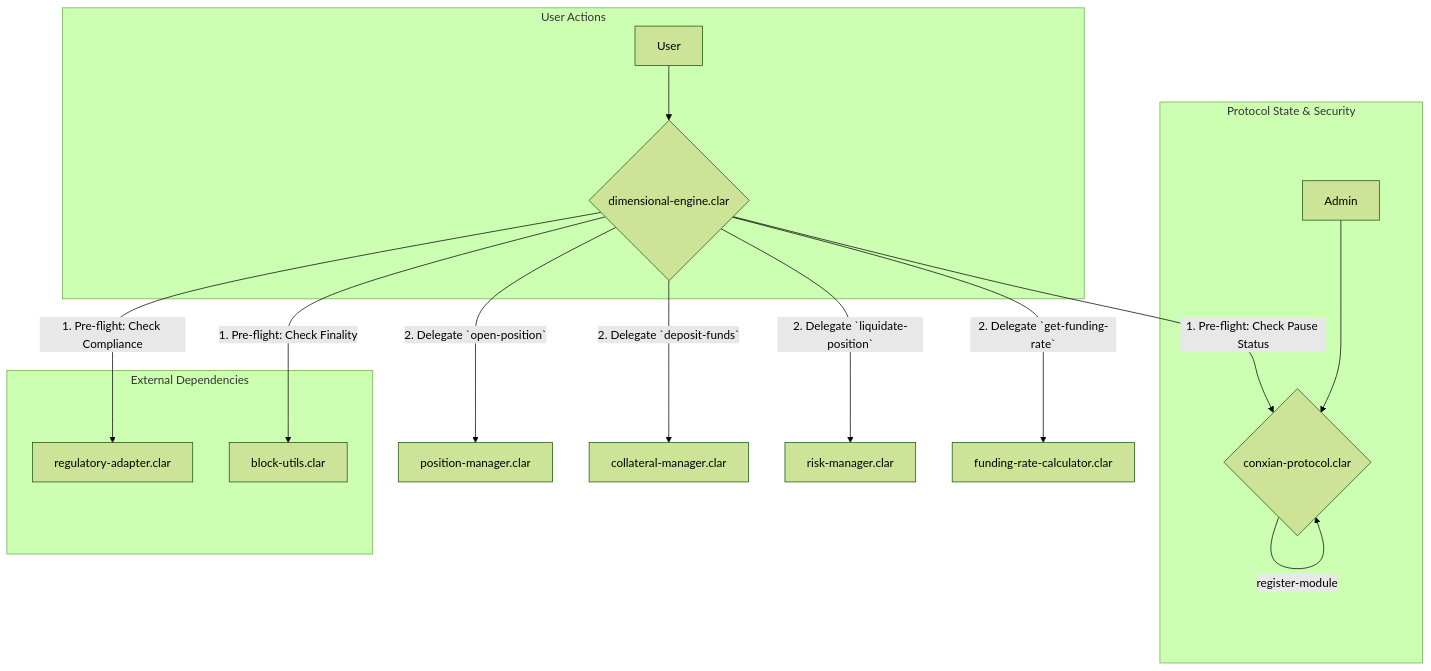
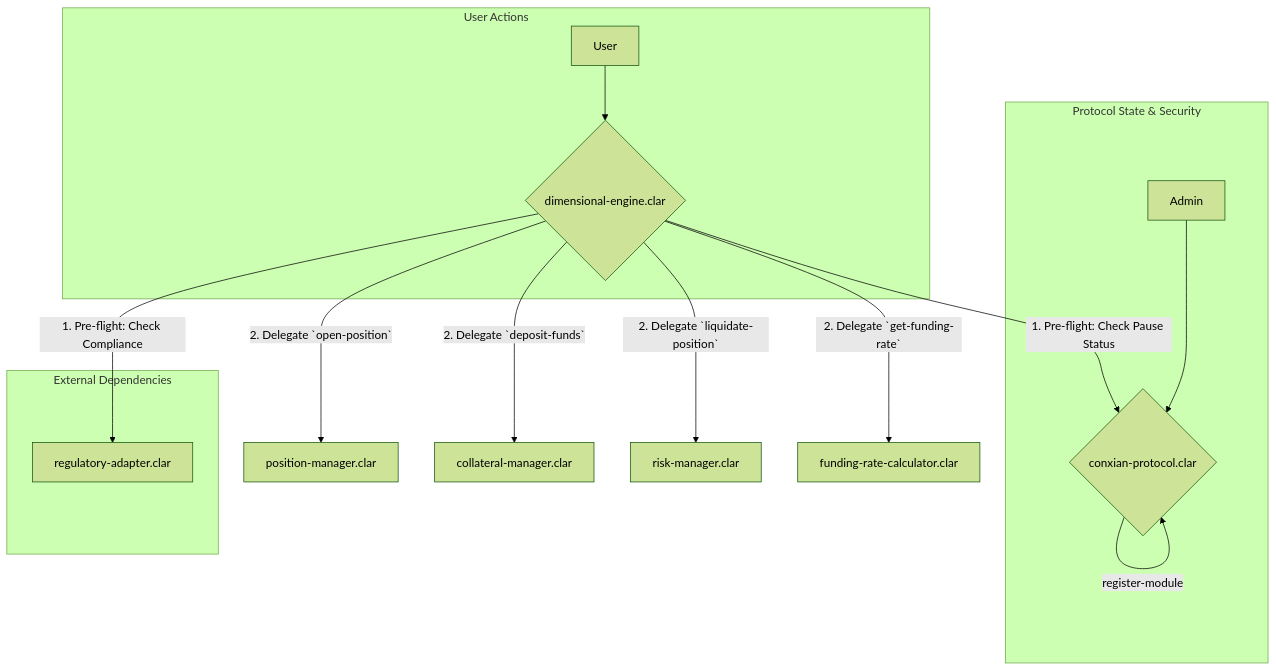
Before and after one commit to Anya-org/Conxian: the diagram in contracts/core/README.md, drawn with Mermaid (forest theme). The commit also changed other lines of this file and 7 other files, not shown here.

````diff
--- a/contracts/core/README.md
+++ b/contracts/core/README.md
@@ -19,26 +25,24 @@
 ```mermaid
 graph TD
     subgraph "User Actions"
         A[User] --> B{dimensional-engine.clar};
     end
 
     subgraph "Protocol State & Security"
         G[Admin] --> H{conxian-protocol.clar};
         H -- set-paused --> H;
         H -- register-module --> H;
     end
 
     subgraph "External Dependencies"
         I[regulatory-adapter.clar]
-        J[block-utils.clar]
     end
 
     B -- 1. Pre-flight: Check Compliance --> I;
-    B -- 1. Pre-flight: Check Finality --> J;
     B -- 1. Pre-flight: Check Pause Status --> H;
 
     B -- 2. Delegate `open-position` --> C[position-manager.clar];
     B -- 2. Delegate `deposit-funds` --> D[collateral-manager.clar];
     B -- 2. Delegate `liquidate-position` --> F[risk-manager.clar];
     B -- 2. Delegate `get-funding-rate` --> E[funding-rate-calculator.clar];
 ```
````
